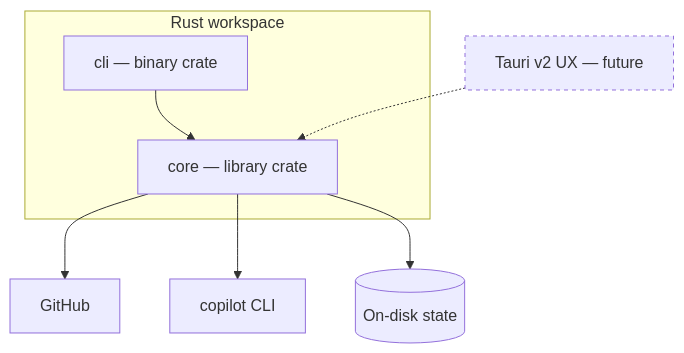
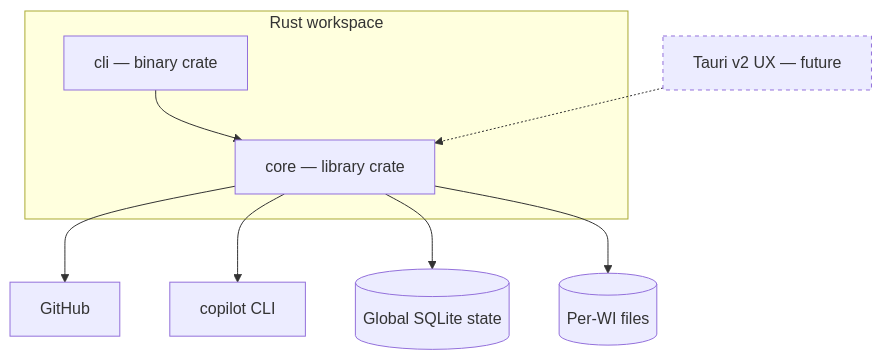
One commit to yoannchaudet/quorum changed the diagram in docs/architecture.md. Above: the diagram before and after it, drawn with Mermaid. The commit also changed 12 other files, not shown here.

````diff
--- a/docs/architecture.md
+++ b/docs/architecture.md
@@ -6,14 +6,15 @@
 ```mermaid
 flowchart TB
   subgraph rust[Rust workspace]
     core[core — library crate]
     cli[cli — binary crate]
   end
   tauri[Tauri v2 UX — future]:::future
   cli --> core
   tauri -.-> core
   core --> gh[GitHub]
   core --> cop[copilot CLI]
-  core --> fs[(On-disk state)]
+  core --> db[(Global SQLite state)]
+  core --> fs[(Per-WI files)]
   classDef future stroke-dasharray: 4 4;
 ```
````
